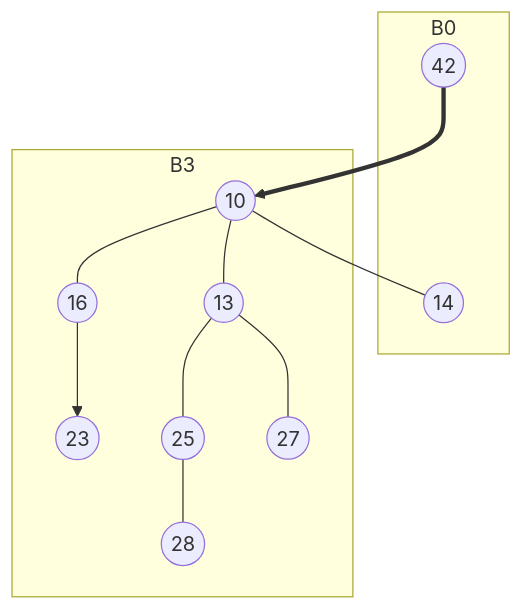
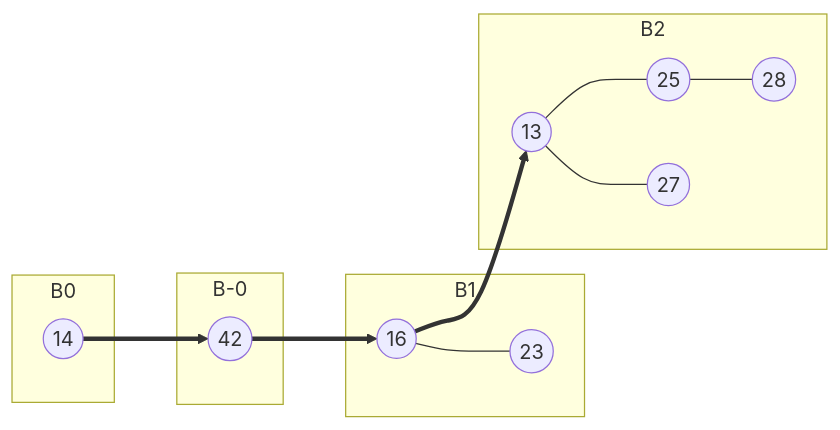
Before and after one commit to Tiggax/Zapiski: the tenth of 11 diagrams in 2. Letnik/Podatkovne strukture in algoritmi/vaje 15-12-2021.md, drawn with Mermaid. The commit also changed other lines of this file, not shown here.

Commit message:
flyingarchie backup: 2021-12-15 16:30:50

````diff
--- a/2. Letnik/Podatkovne strukture in algoritmi/vaje 15-12-2021.md
+++ b/2. Letnik/Podatkovne strukture in algoritmi/vaje 15-12-2021.md
@@ -148,18 +150,17 @@
 ```mermaid
-graph TD	
+graph LR
 subgraph B0
 14((14))
 end
-subgraph B0
+subgraph B-0
 42((42))
 end
-subgraph B3
-10((10))
-10---16
-10---14((14))
-10---13((13))---27((27))
+subgraph B1
+16((16))---23((23))
+end
+subgraph B2
+13((13))---27((27))
 13---25((25))---28((28))
-16((16))-->23((23))
 end
-42==>10
+14==>42==>16==>13
 ```
````
